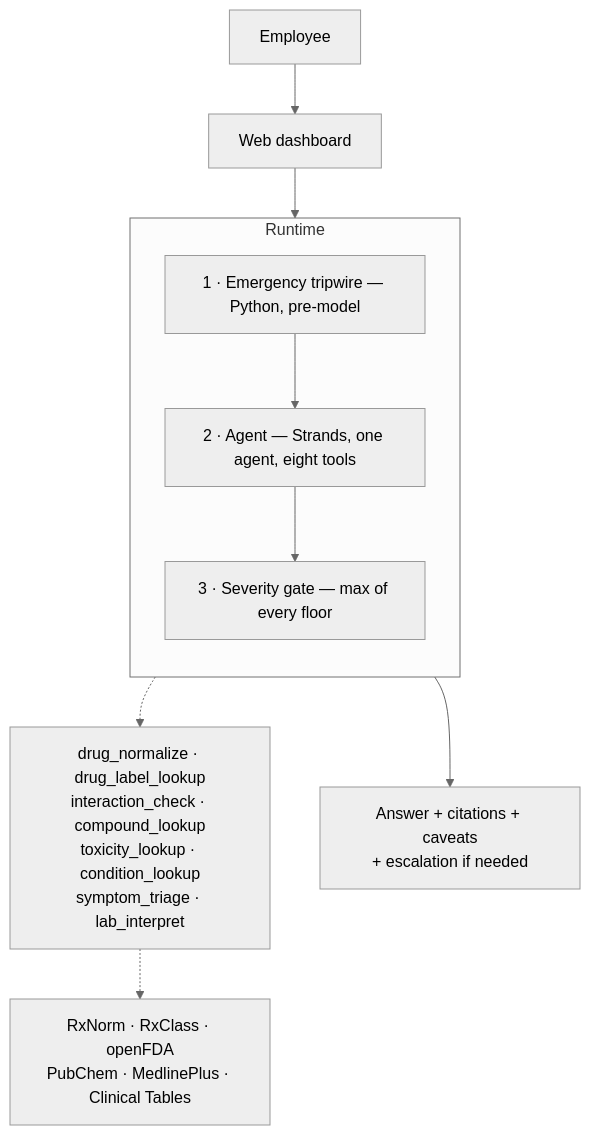
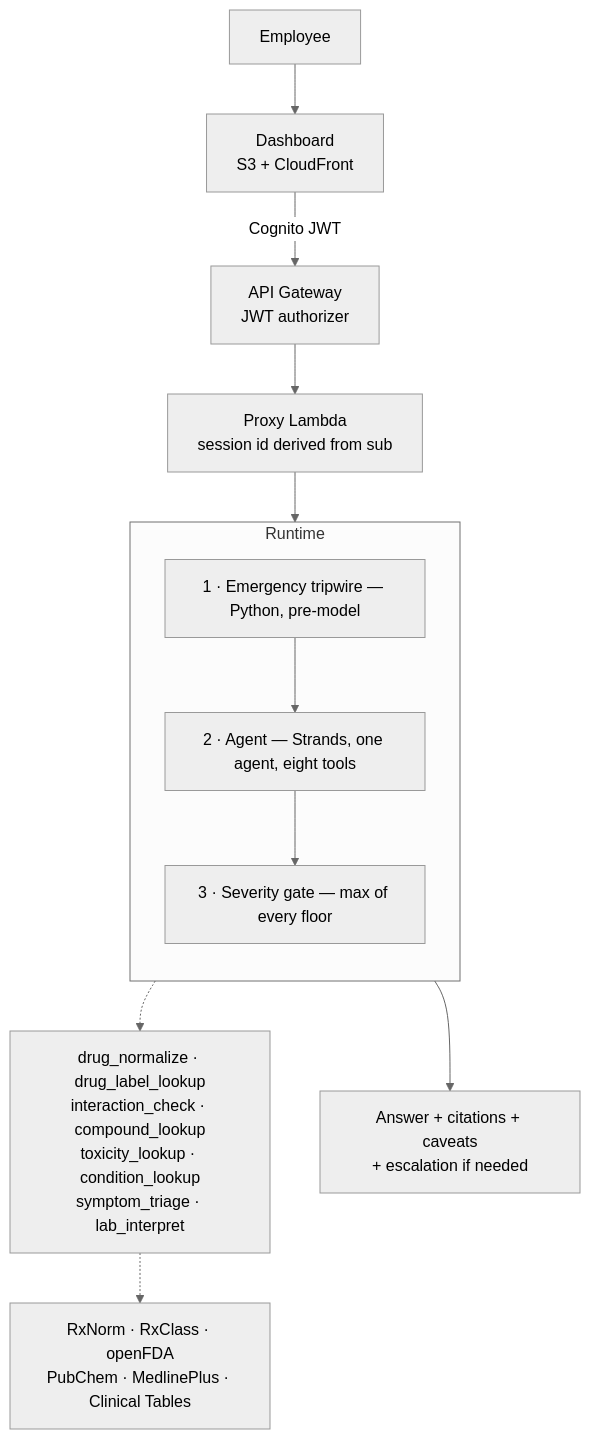
The diagram in README.md (KaarthikMS/drugagent), drawn with Mermaid (neutral theme) before and after one commit. The commit also changed other lines of this file and 18 other files, not shown here.

````diff
--- a/README.md
+++ b/README.md
@@ -59,19 +61,21 @@
 ```mermaid
 flowchart TD
-    U["Employee"] --> FE["Web dashboard"]
-    FE --> TW
+    U["Employee"] --> FE["Dashboard<br/>S3 + CloudFront"]
+    FE -->|Cognito JWT| GW["API Gateway<br/>JWT authorizer"]
+    GW --> PX["Proxy Lambda<br/>session id derived from sub"]
+    PX --> TW
 
     subgraph RT["Runtime"]
         direction TB
         TW["1 · Emergency tripwire — Python, pre-model"]
         AG["2 · Agent — Strands, one agent, eight tools"]
         SEV["3 · Severity gate — max of every floor"]
         TW --> AG --> SEV
     end
 
     AG -.-> T["drug_normalize · drug_label_lookup<br/>interaction_check · compound_lookup<br/>toxicity_lookup · condition_lookup<br/>symptom_triage · lab_interpret"]
 
     T -.-> EXT["RxNorm · RxClass · openFDA<br/>PubChem · MedlinePlus · Clinical Tables"]
 
     SEV --> RESP["Answer + citations + caveats<br/>+ escalation if needed"]
 ```
````
